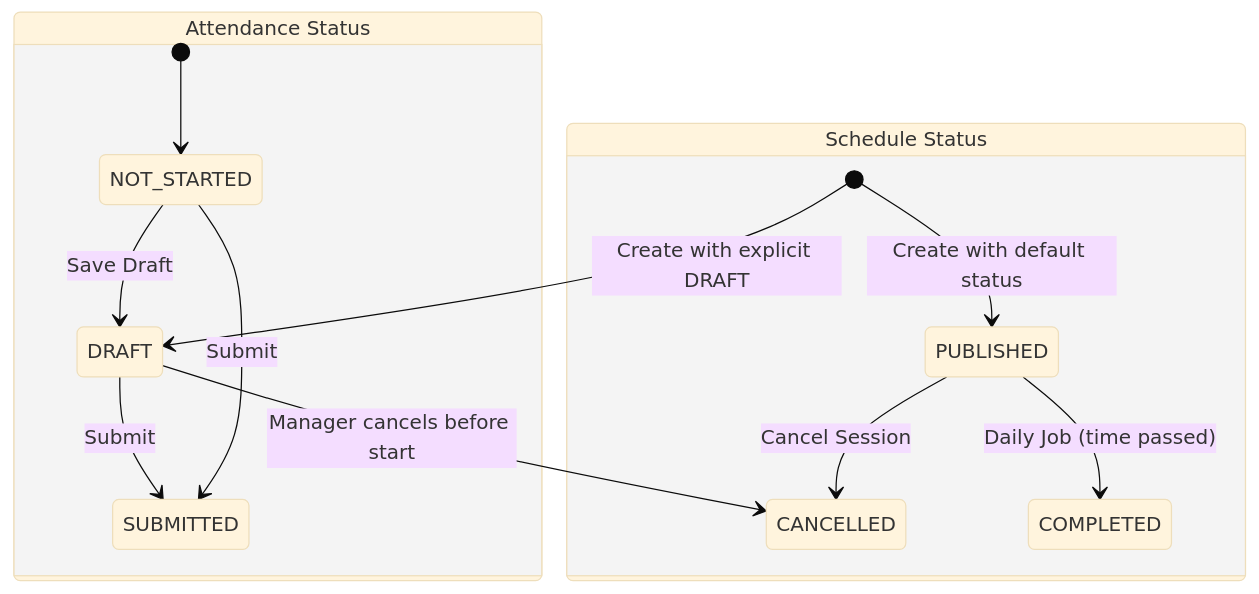
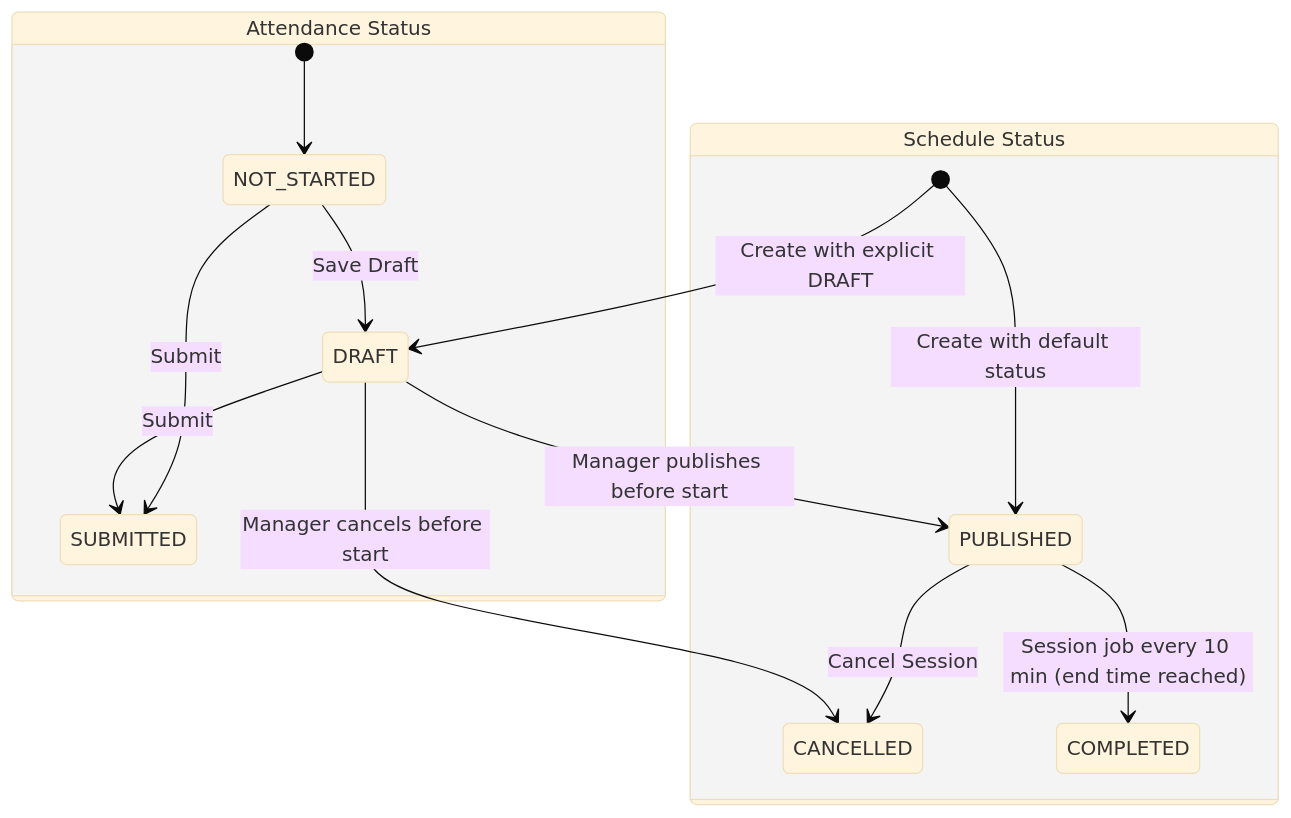
Before and after one commit to senko-do-thingz/G3-SportCentreManagement: the eighth of 10 diagrams in docs/database/09-business-rules-and-state-machines.md, drawn with Mermaid (base theme). The commit also changed other lines of this file and 59 other files, not shown here.

````diff
--- a/docs/database/09-business-rules-and-state-machines.md
+++ b/docs/database/09-business-rules-and-state-machines.md
@@ -123,16 +125,17 @@
 ```mermaid
 stateDiagram-v2
     state "Schedule Status" as SS {
         [*] --> DRAFT : Create with explicit DRAFT
         [*] --> PUBLISHED : Create with default status
+        DRAFT --> PUBLISHED : Manager publishes before start
         DRAFT --> CANCELLED : Manager cancels before start
         PUBLISHED --> CANCELLED : Cancel Session
-        PUBLISHED --> COMPLETED : Daily Job (time passed)
+        PUBLISHED --> COMPLETED : Session job every 10 min (end time reached)
     }
     state "Attendance Status" as AS {
         [*] --> NOT_STARTED
         NOT_STARTED --> DRAFT : Save Draft
         DRAFT --> SUBMITTED : Submit
         NOT_STARTED --> SUBMITTED : Submit
     }
 ```
````
